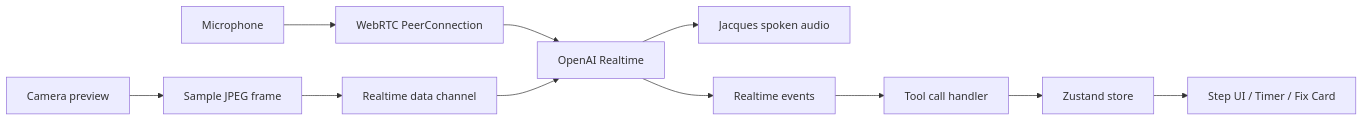
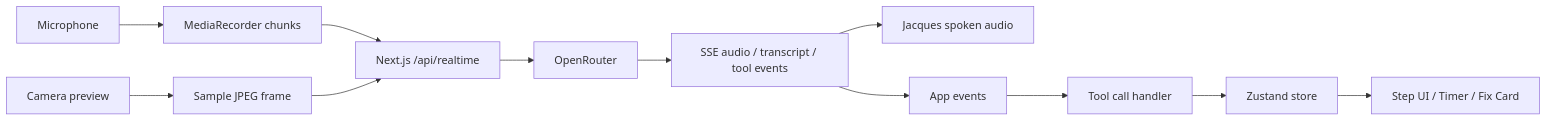
Before and after one commit to aintnorest/thought-partners: the diagram in docs/WATCH_ME_PLAN.md, drawn with Mermaid. The commit also changed other lines of this file and 3 other files, not shown here.

Commit message:
docs: route model plans through OpenRouter

````diff
--- a/docs/WATCH_ME_PLAN.md
+++ b/docs/WATCH_ME_PLAN.md
@@ -156,13 +156,14 @@
 ```mermaid
 flowchart LR
-  Mic[Microphone] --> RTC[WebRTC PeerConnection]
-  Cam[Camera preview] --> Capture[Sample JPEG frame]
-  Capture --> DC[Realtime data channel]
-  RTC --> OAI[OpenAI Realtime]
-  DC --> OAI
-  OAI --> Audio[Jacques spoken audio]
-  OAI --> Events[Realtime events]
+  Mic[Microphone] --> AudioCapture[MediaRecorder chunks]
+  Cam[Camera preview] --> FrameCapture[Sample JPEG frame]
+  AudioCapture --> Proxy[Next.js /api/realtime]
+  FrameCapture --> Proxy
+  Proxy --> OR[OpenRouter]
+  OR --> Stream[SSE audio / transcript / tool events]
+  Stream --> Audio[Jacques spoken audio]
+  Stream --> Events[App events]
   Events --> Tools[Tool call handler]
   Tools --> Store[Zustand store]
   Store --> UI[Step UI / Timer / Fix Card]
 ```
````
